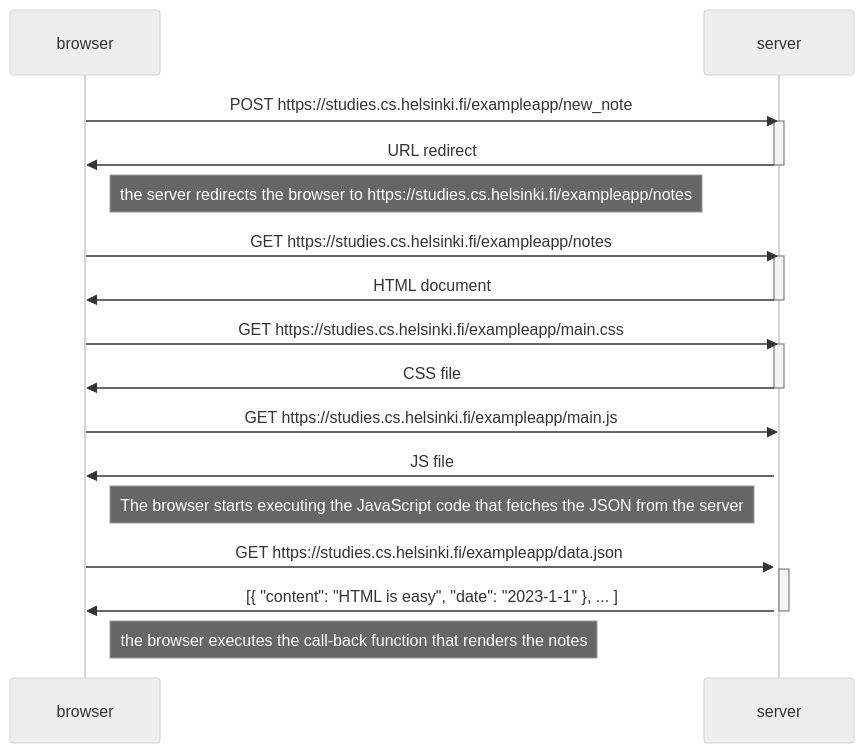
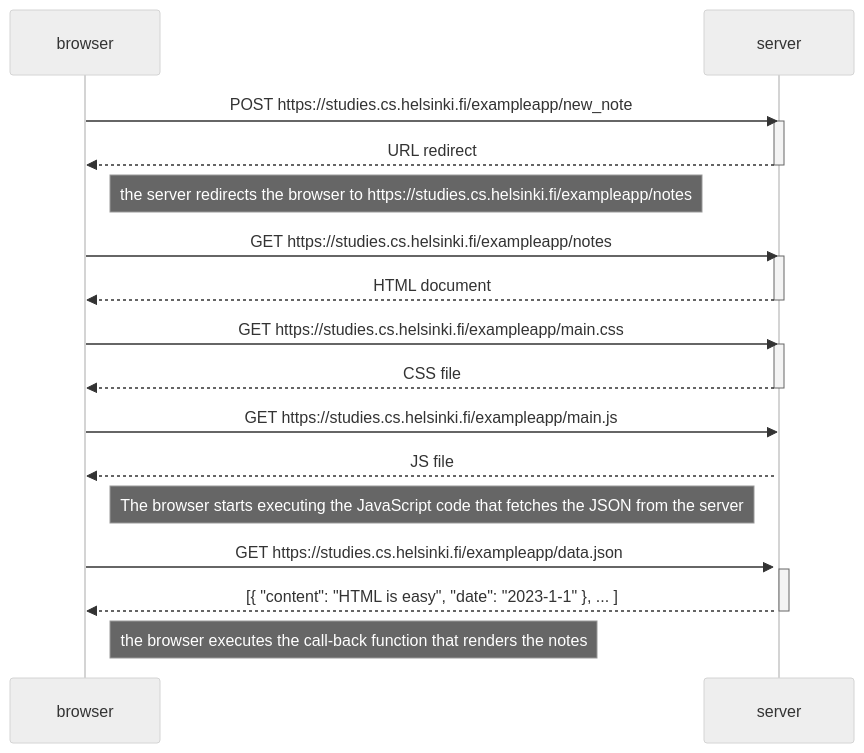
One commit to Brightini/fullstackopen_exercises changed the diagram in part0/New note diagram/README.md. Above: the diagram before and after it, drawn with Mermaid (neutral theme). The commit also changed 1 other file, not shown here.

Commit message:
Updated readme file

````diff
--- a/part0/New note diagram/README.md
+++ b/part0/New note diagram/README.md
@@ -1,35 +1,35 @@
 ```mermaid
 sequenceDiagram
     participant browser
     participant server
 
     browser->>server: POST https://studies.cs.helsinki.fi/exampleapp/new_note
     activate server
-    server->>browser: URL redirect
+    server-->>browser: URL redirect
     deactivate server
 
-    Note right of browser: the server redirects the browser to https://studies.cs.helsinki.fi/exampleapp/notes 
+    Note right of browser: the server redirects the browser to https://studies.cs.helsinki.fi/exampleapp/notes
 
     browser->>server: GET https://studies.cs.helsinki.fi/exampleapp/notes
     activate server
-    server->>browser: HTML document
+    server-->>browser: HTML document
     deactivate server
 
     browser->>server: GET https://studies.cs.helsinki.fi/exampleapp/main.css
     activate server
-    server->>browser: CSS file
+    server-->>browser: CSS file
     deactivate server
 
     browser->>server: GET https://studies.cs.helsinki.fi/exampleapp/main.js
     activate server
-    server->>browser: JS file
+    server-->>browser: JS file
 
     Note right of browser: The browser starts executing the JavaScript code that fetches the JSON from the server
 
     browser->>server: GET https://studies.cs.helsinki.fi/exampleapp/data.json
     activate server
-    server->>browser: [{ "content": "HTML is easy", "date": "2023-1-1" }, ... ]
+    server-->>browser: [{ "content": "HTML is easy", "date": "2023-1-1" }, ... ]
     deactivate server
 
     Note right of browser: the browser executes the call-back function that renders the notes
 ```
````
